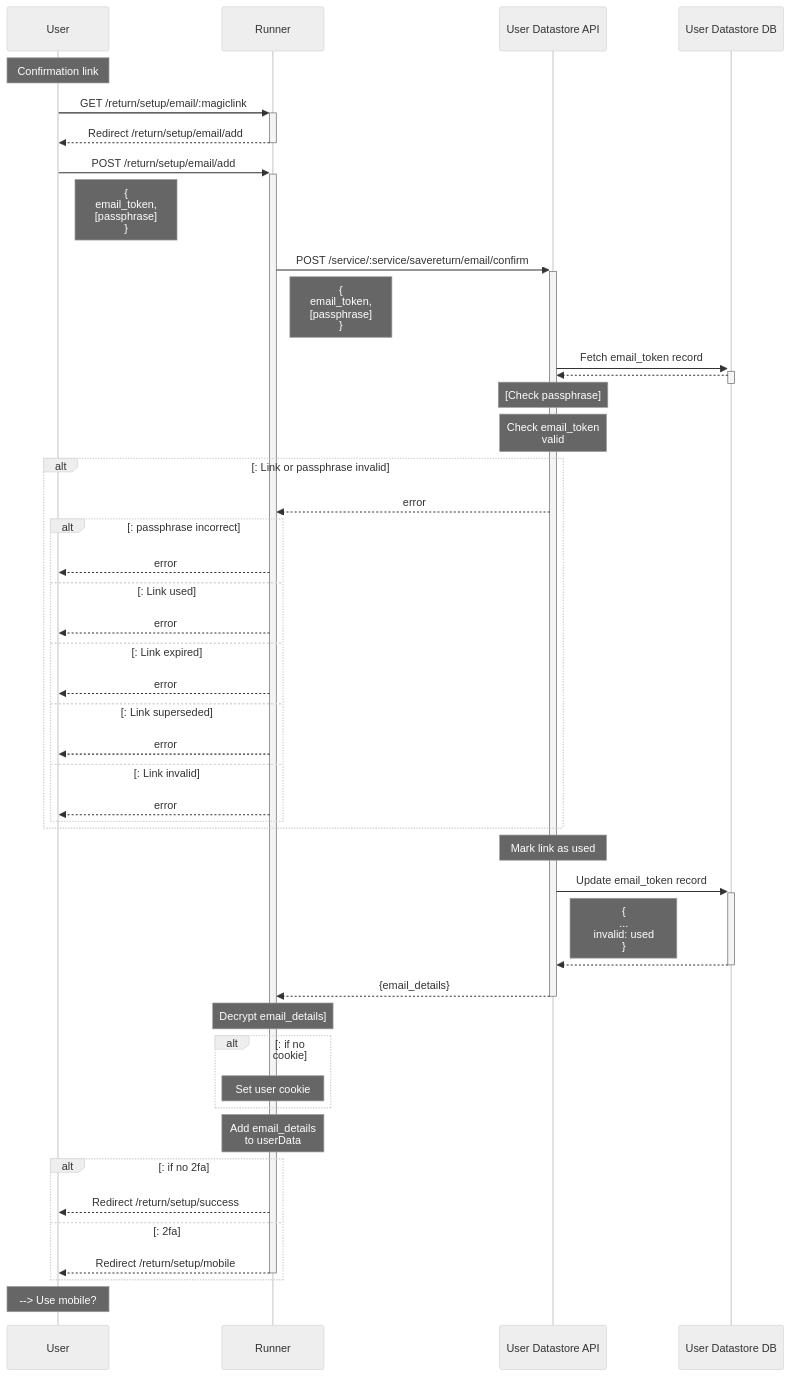
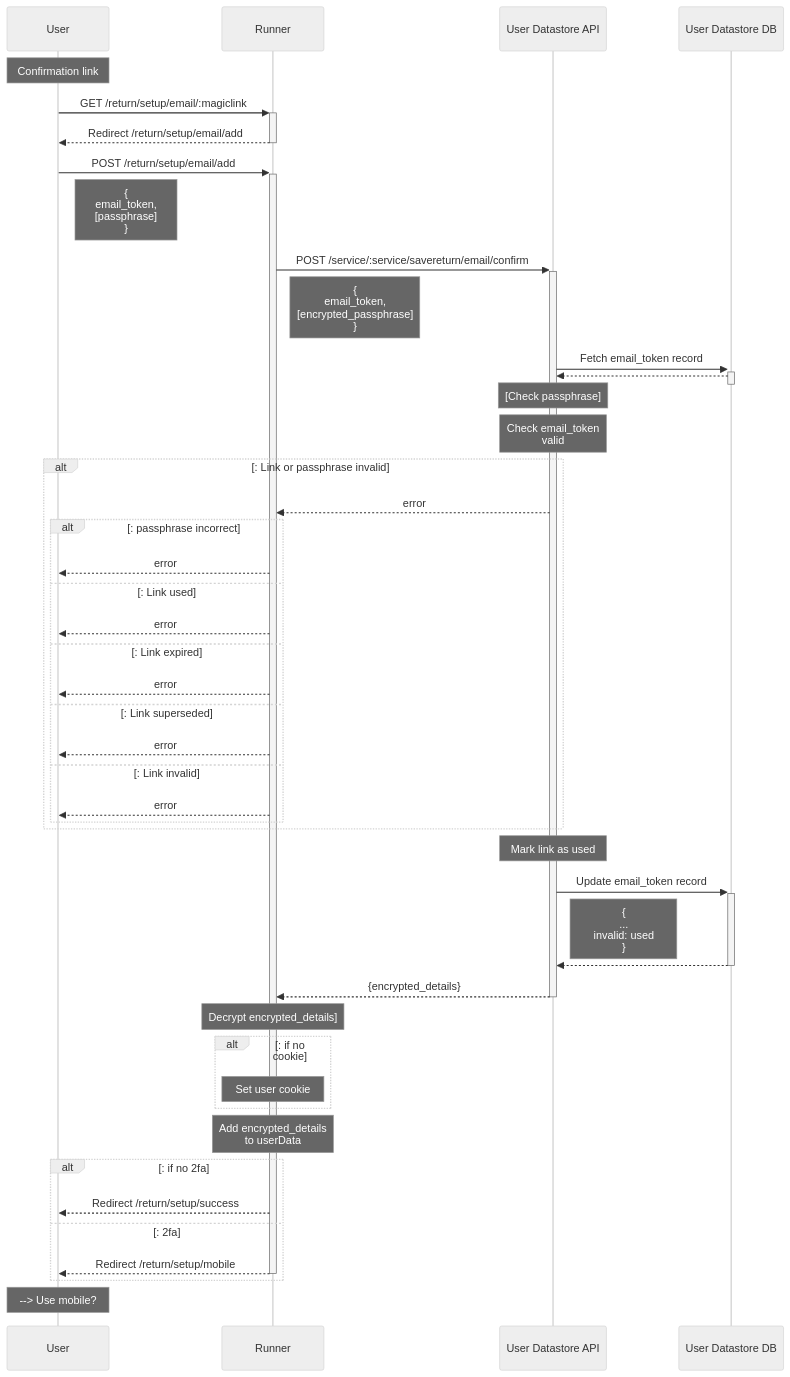
One commit to ministryofjustice/form-builder changed the diagram in documentation/running/save-and-return/files/return--setup--email-validation.mmd. Above: the diagram before and after it, drawn with Mermaid (neutral theme). The commit also changed 29 other files, not shown here.

```diff
--- a/documentation/running/save-and-return/files/return--setup--email-validation.mmd
+++ b/documentation/running/save-and-return/files/return--setup--email-validation.mmd
@@ -1,91 +1,91 @@
 sequenceDiagram
 
 participant U as User
 
 participant R as Runner
 
 participant DS as User Datastore API
 
 participant DB as User Datastore DB
 
 Note over U: Confirmation link
 
 U->>+R: GET /return/setup/email/:magiclink
 
 R-->>-U: Redirect /return/setup/email/add
 
 U->>+R: POST /return/setup/email/add
 
 Note right of U: {<br>email_token,<br>[passphrase]<br>}
 
 R->>+DS: POST /service/:service/savereturn/email/confirm
 
-Note right of R: {<br>email_token,<br>[passphrase]<br>}
+Note right of R: {<br>email_token,<br>[encrypted_passphrase]<br>}
 
 DS->>+DB: Fetch email_token record 
 
 DB-->>-DS: 
 
 Note over DS: [Check passphrase]
 
 Note over DS: Check email_token <br>valid
 
 alt: Link or passphrase invalid
 
   DS-->>R:   error
 
   alt: passphrase incorrect
 
     R-->>U:   error
 
   else: Link used
 
     R-->>U:   error
 
   else: Link expired
 
     R-->>U:   error
 
   else: Link superseded
 
     R-->>U:   error
 
   else: Link invalid
 
     R-->>U:   error
 
   end
 
 end
 
 Note over DS: Mark link as used
 
 DS->>+DB: Update email_token record 
 
 Note right of DS: {<br>...<br>invalid: used<br>}
 
 DB-->>-DS: 
 
-DS-->>-R:  {email_details}
+DS-->>-R:  {encrypted_details}
 
-Note over R: Decrypt email_details]
+Note over R: Decrypt encrypted_details]
 
 alt: if no cookie
 
   Note over R: Set user cookie
 
 end
 
-Note over R: Add email_details<br>to userData
+Note over R: Add encrypted_details<br>to userData
 
 alt: if no 2fa
 
   R-->>U: Redirect /return/setup/success
 
 else: 2fa
 
  R-->>-U: Redirect /return/setup/mobile
 
 end
 
 Note over U: --> Use mobile?
```
